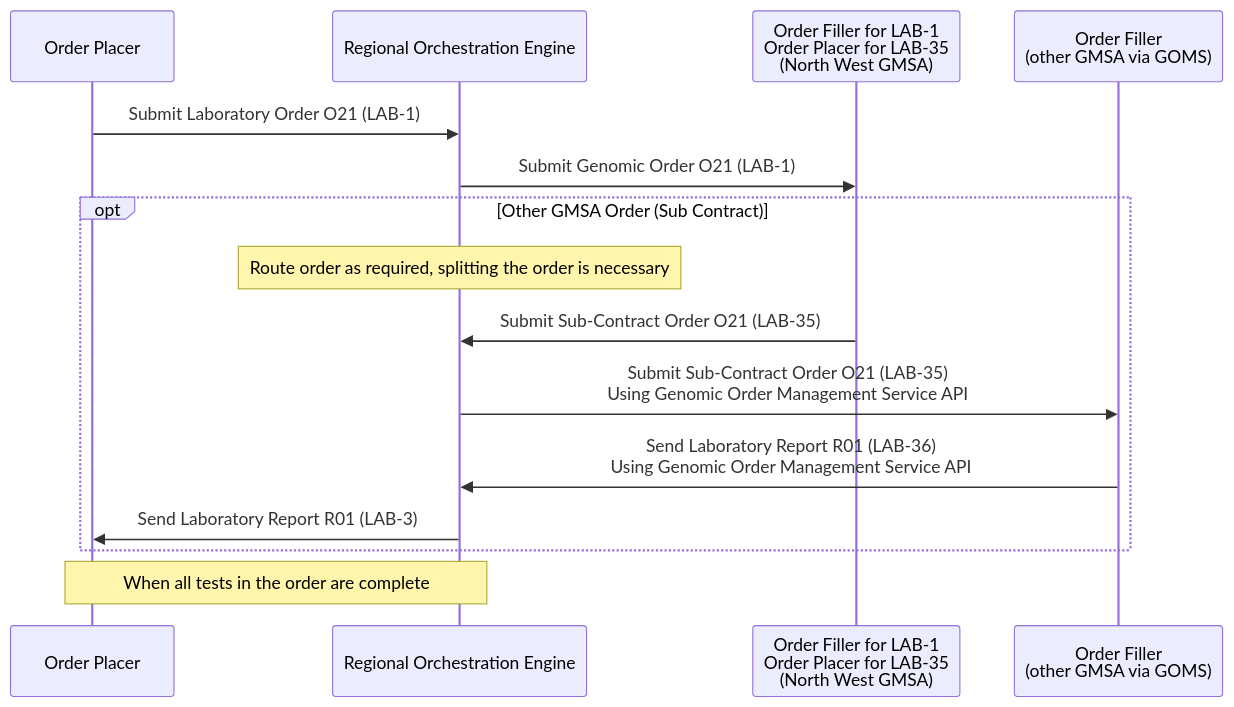
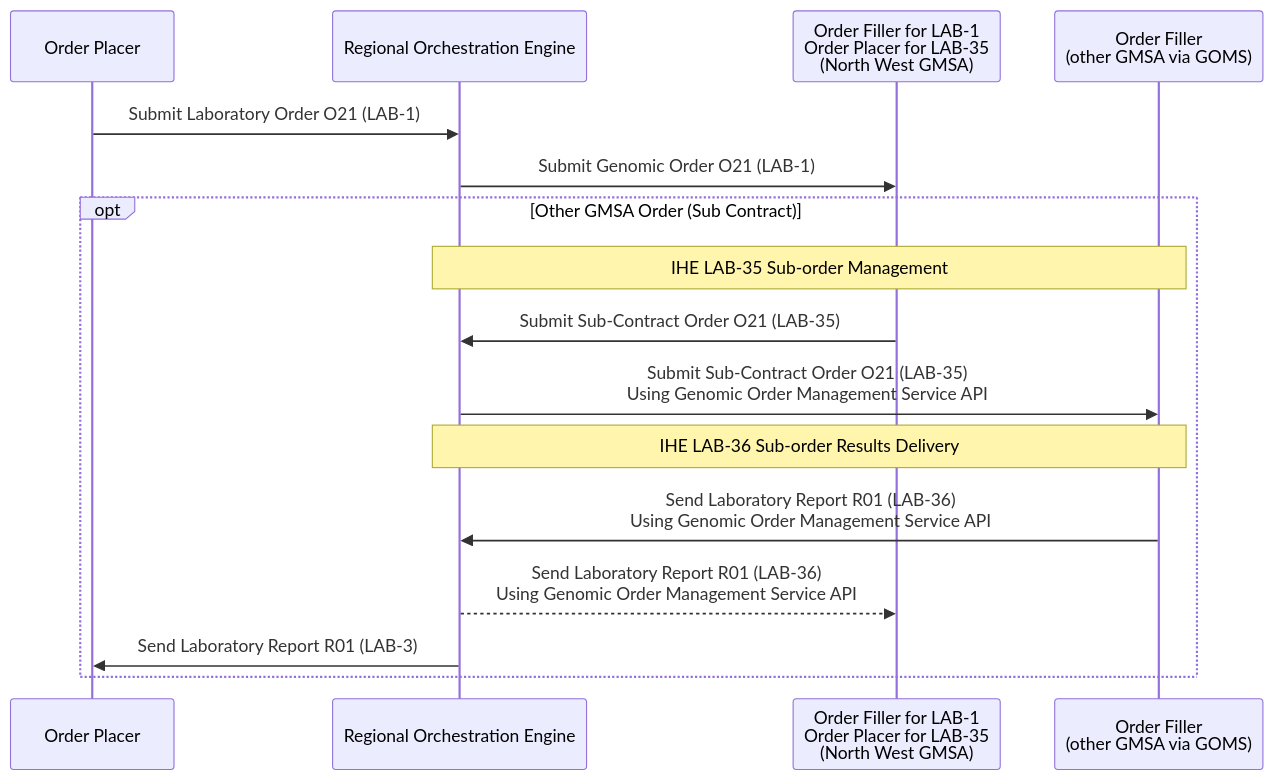
The second of 9 diagrams in input/pagecontent/ILW.md (nw-gmsa/nw-gmsa.github.com), drawn with Mermaid before and after one commit. The commit also changed other lines of this file, not shown here.

````diff
--- a/input/pagecontent/ILW.md
+++ b/input/pagecontent/ILW.md
@@ -96,25 +96,27 @@
 ```mermaid
 sequenceDiagram
 
 participant EPR as Order Placer
 participant RIE as Regional Orchestration Engine
 participant LIMSP as Order Filler for LAB-1<br/>Order Placer for LAB-35<br/>(North West GMSA)
 participant LIMSG as Order Filler<br/>(other GMSA via GOMS)
 
 EPR ->> RIE: Submit Laboratory Order O21 (LAB-1)
 
 RIE ->> LIMSP: Submit Genomic Order O21 (LAB-1)
 
 opt Other GMSA Order (Sub Contract)
 
-note over RIE : Route order as required, splitting the order is necessary
+note over RIE,LIMSG: IHE LAB-35 Sub-order Management
 
 LIMSP ->> RIE: Submit Sub-Contract Order O21 (LAB-35)
 RIE ->> LIMSG: Submit Sub-Contract Order O21 (LAB-35)<br/>Using Genomic Order Management Service API
+
+note over RIE,LIMSG: IHE LAB-36 Sub-order Results Delivery
+
 LIMSG ->> RIE: Send Laboratory Report R01 (LAB-36)<br/>Using Genomic Order Management Service API
+RIE -->> LIMSP: Send Laboratory Report R01 (LAB-36)<br/>Using Genomic Order Management Service API
+
 RIE ->> EPR: Send Laboratory Report R01 (LAB-3)
 end
-
-note over EPR, RIE: When all tests in the order are complete
-
 ```
````
